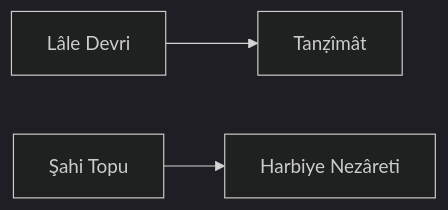
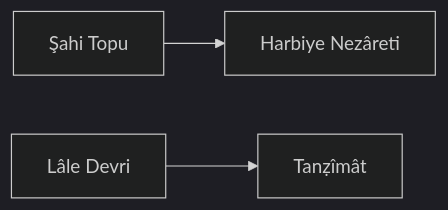
The diagram in Civilizations - Modern/Ottomans.md (Donnervogel98/Civilization-VII---Obsidian-Vault), drawn with Mermaid (dark theme) before and after one commit. The commit also changed other lines of this file and 9 other files, not shown here.

````diff
--- a/Civilizations - Modern/Ottomans.md
+++ b/Civilizations - Modern/Ottomans.md
@@ -110,5 +112,5 @@
 ```mermaid
 graph LR;
-	A[Lâle Devri] --> B[Tanẓîmât];
-	C[Şahi Topu] --> D[Harbiye Nezâreti];
+	A[Şahi Topu] --> B[Harbiye Nezâreti];
+	C[Lâle Devri] --> D[Tanẓîmât];
 ```
````
